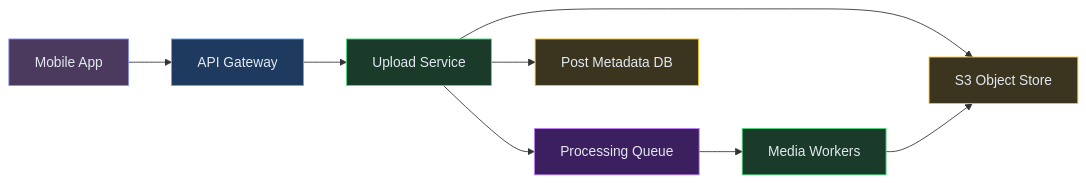
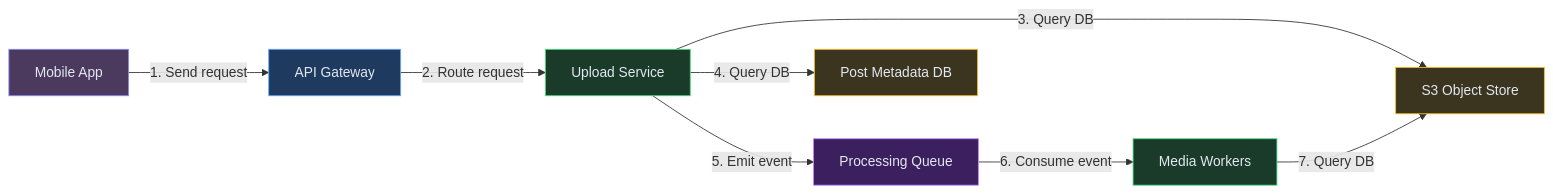
One commit to iluzn/HLD-Designs changed the second of 9 diagrams in content/hld/Instagram.md. Above: the diagram before and after it, drawn with Mermaid. The commit also changed other lines of this file and 27 other files, not shown here.

````diff
--- a/content/hld/Instagram.md
+++ b/content/hld/Instagram.md
@@ -188,24 +188,24 @@
 ```mermaid
 flowchart LR
     App["Mobile App"]:::client
     GW["API Gateway"]:::edge
     US["Upload Service"]:::service
     S3["S3 Object Store"]:::data
     Q["Processing Queue"]:::async
     MW["Media Workers"]:::service
     DB["Post Metadata DB"]:::data
 
-    App --> GW
-    GW --> US
-    US --> S3
-    US --> DB
-    US --> Q
-    Q --> MW
-    MW --> S3
+    App -->|"1. Send request"| GW
+    GW -->|"2. Route request"| US
+    US -->|"3. Query DB"| S3
+    US -->|"4. Query DB"| DB
+    US -->|"5. Emit event"| Q
+    Q -->|"6. Consume event"| MW
+    MW -->|"7. Query DB"| S3
 
     classDef client fill:#4c3a5e,stroke:#818cf8,color:#e2e8f0
     classDef edge fill:#1e3a5f,stroke:#60a5fa,color:#e2e8f0
     classDef service fill:#1a3a2a,stroke:#4ade80,color:#e2e8f0
     classDef async fill:#3b1f5e,stroke:#c084fc,color:#e2e8f0
     classDef data fill:#3b3520,stroke:#fbbf24,color:#e2e8f0
 ```
````
